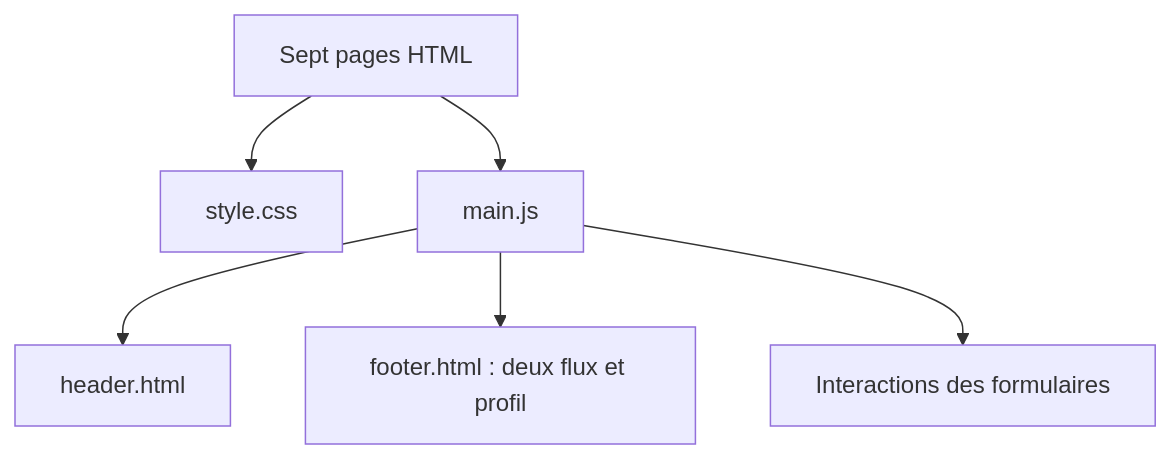
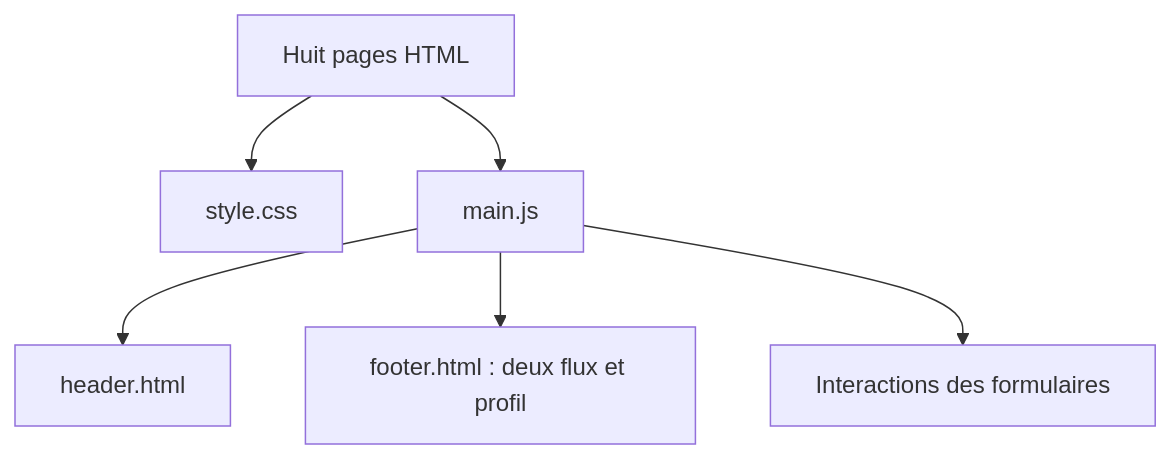
Before and after one commit to SP-MMIBdx/M2-weux-projet-dev-ux: the diagram in README.md, drawn with Mermaid. The commit also changed other lines of this file and 11 other files, not shown here.

````diff
--- a/README.md
+++ b/README.md
@@ -40,8 +41,8 @@
 ```mermaid
 flowchart TD
-    Pages["Sept pages HTML"] --> CSS["style.css"]
+    Pages["Huit pages HTML"] --> CSS["style.css"]
     Pages --> JS["main.js"]
     JS --> Header["header.html"]
     JS --> Footer["footer.html : deux flux et profil"]
     JS --> Interactions["Interactions des formulaires"]
 ```
````
